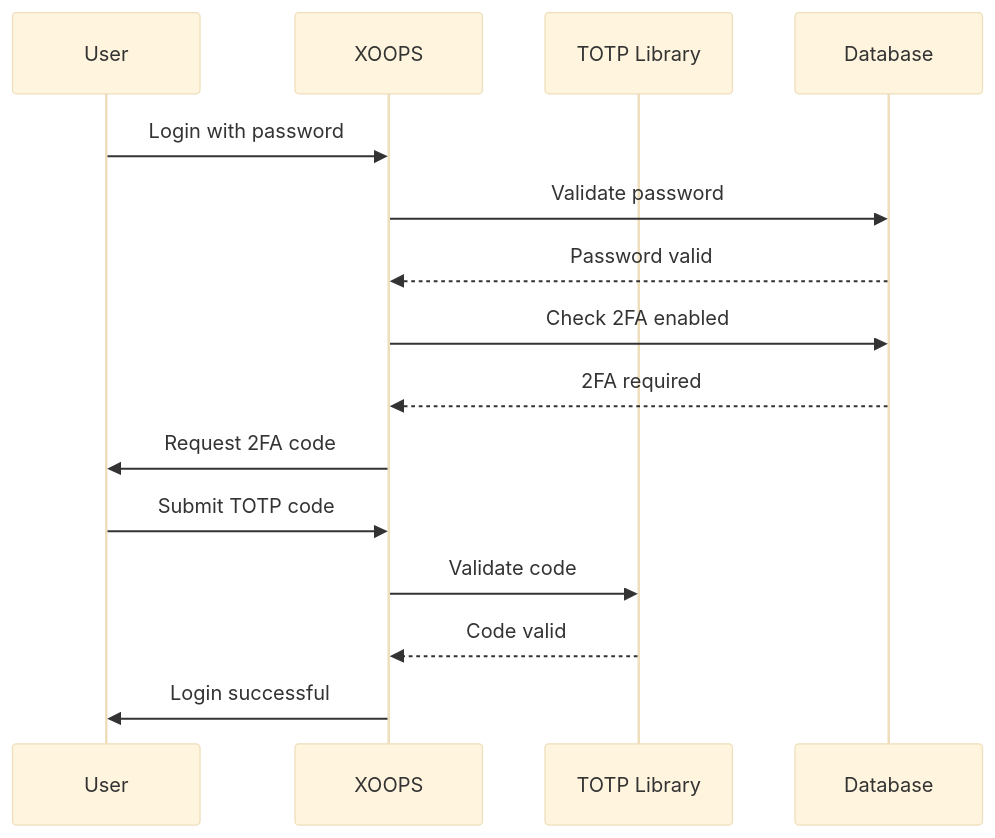
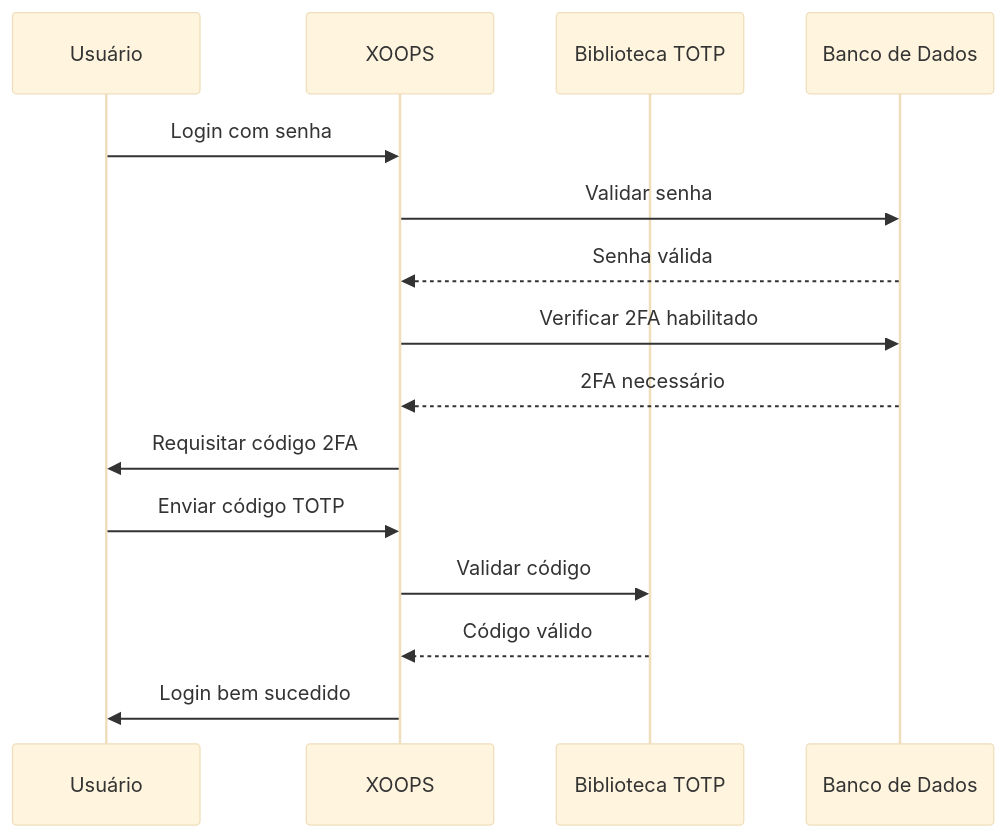
Before and after one commit to mambax7/xoops-docs: the diagram in apps/docs-27/src/content/docs/pt/contributing/adrs/adr-007.md, drawn with Mermaid (base theme). The commit also changed other lines of this file and 162 other files, not shown here.

````diff
--- a/apps/docs-27/src/content/docs/pt/contributing/adrs/adr-007.md
+++ b/apps/docs-27/src/content/docs/pt/contributing/adrs/adr-007.md
@@ -26,18 +26,18 @@
 ```mermaid
 sequenceDiagram
-    participant U as User
+    participant U as Usuário
     participant X as XOOPS
-    participant T as TOTP Library
-    participant D as Database
+    participant T as Biblioteca TOTP
+    participant D as Banco de Dados
 
-    U->>X: Login with password
-    X->>D: Validate password
-    D-->>X: Password valid
-    X->>D: Check 2FA enabled
-    D-->>X: 2FA required
-    X->>U: Request 2FA code
-    U->>X: Submit TOTP code
-    X->>T: Validate code
-    T-->>X: Code valid
-    X->>U: Login successful
+    U->>X: Login com senha
+    X->>D: Validar senha
+    D-->>X: Senha válida
+    X->>D: Verificar 2FA habilitado
+    D-->>X: 2FA necessário
+    X->>U: Requisitar código 2FA
+    U->>X: Enviar código TOTP
+    X->>T: Validar código
+    T-->>X: Código válido
+    X->>U: Login bem sucedido
 ```
````
